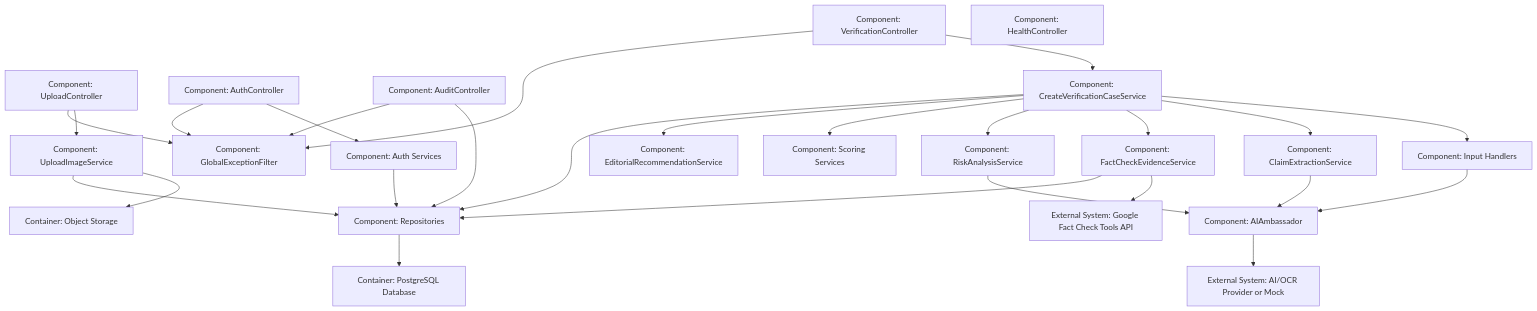
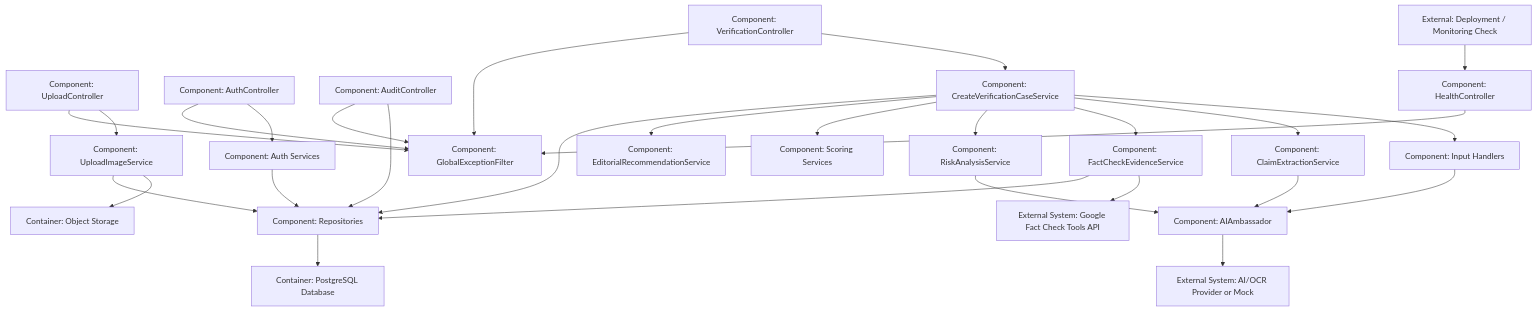
One commit to SantiagoCaldeZ/caso2-ia-detector changed the third of 3 diagrams in README.md. Above: the diagram before and after it, drawn with Mermaid. The commit also changed other lines of this file, not shown here.

````diff
--- a/README.md
+++ b/README.md
@@ -2020,57 +2137,62 @@
 ```mermaid
 flowchart TB
+    monitoring["External: Deployment / Monitoring Check"]
+
     verificationController["Component: VerificationController"]
     uploadController["Component: UploadController"]
     authController["Component: AuthController"]
     auditController["Component: AuditController"]
     healthController["Component: HealthController"]
 
     authServices["Component: Auth Services"]
     uploadService["Component: UploadImageService"]
     createCaseService["Component: CreateVerificationCaseService"]
     inputHandlers["Component: Input Handlers"]
     claimService["Component: ClaimExtractionService"]
     evidenceService["Component: FactCheckEvidenceService"]
     riskService["Component: RiskAnalysisService"]
     scoringServices["Component: Scoring Services"]
     recommendationService["Component: EditorialRecommendationService"]
     aiAmbassador["Component: AIAmbassador"]
     repositories["Component: Repositories"]
     exceptionFilter["Component: GlobalExceptionFilter"]
 
     database["Container: PostgreSQL Database"]
     factCheck["External System: Google Fact Check Tools API"]
     aiProvider["External System: AI/OCR Provider or Mock"]
     storage["Container: Object Storage"]
+
+    monitoring --> healthController
+    healthController --> exceptionFilter
 
     verificationController --> createCaseService
     uploadController --> uploadService
     authController --> authServices
     auditController --> repositories
 
     createCaseService --> inputHandlers
     createCaseService --> claimService
     createCaseService --> evidenceService
     createCaseService --> riskService
     createCaseService --> scoringServices
     createCaseService --> recommendationService
     createCaseService --> repositories
 
     uploadService --> storage
     uploadService --> repositories
     authServices --> repositories
 
     inputHandlers --> aiAmbassador
     claimService --> aiAmbassador
     riskService --> aiAmbassador
     aiAmbassador --> aiProvider
 
     evidenceService --> factCheck
     evidenceService --> repositories
     repositories --> database
 
     verificationController --> exceptionFilter
     uploadController --> exceptionFilter
     authController --> exceptionFilter
     auditController --> exceptionFilter
 ```
````
